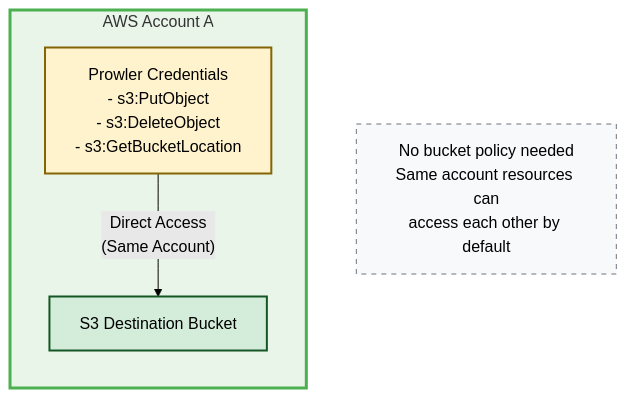
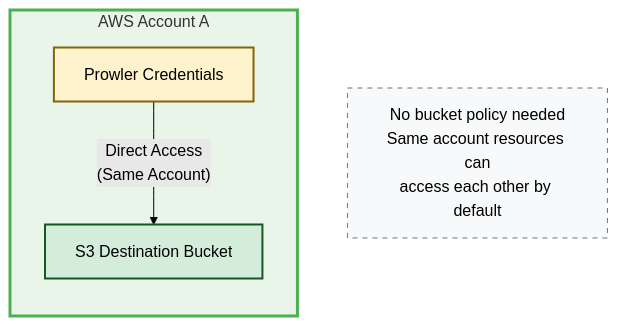
Before and after one commit to prowler-cloud/prowler: the first of 3 diagrams in docs/tutorials/prowler-app-s3-integration.md, drawn with Mermaid (forest theme). The commit also changed other lines of this file, not shown here.

````diff
--- a/docs/tutorials/prowler-app-s3-integration.md
+++ b/docs/tutorials/prowler-app-s3-integration.md
@@ -132,17 +132,17 @@
 ```mermaid
 graph TB
     subgraph Account["AWS Account A"]
         direction TB
-        Role["Prowler Credentials<br/>- s3:PutObject<br/>- s3:DeleteObject<br/>- s3:GetBucketLocation"]
+        Role["Prowler Credentials<br/>"]
         Bucket["S3 Destination Bucket"]
 
         Role -->|" Direct Access<br/>(Same Account)"| Bucket
     end
 
     Note["No bucket policy needed<br/>Same account resources can<br/>access each other by default"]
 
     style Account fill:#e8f5e8,stroke:#4caf50,stroke-width:3px
     style Role fill:#fff3cd,stroke:#856404,stroke-width:2px
     style Bucket fill:#d4edda,stroke:#155724,stroke-width:2px
     style Note fill:#f8f9fa,stroke:#6c757d,stroke-width:1px,stroke-dasharray: 5 5
 ```
````
